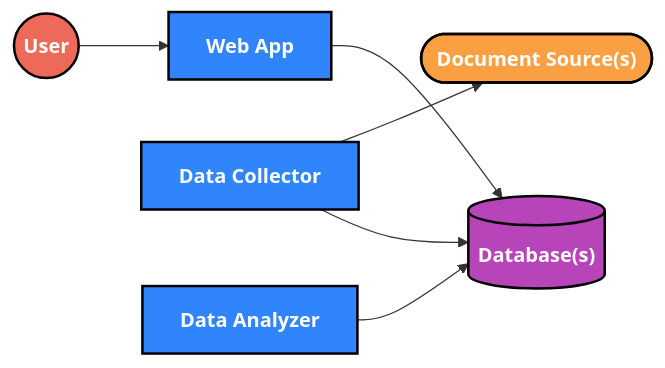
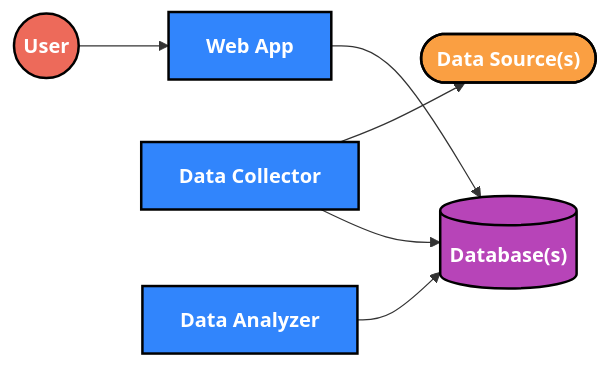
The first of 3 diagrams in README.md (initialcapacity/news-analyzer), drawn with Mermaid before and after one commit.

Commit message:
Generalize first architecture diagram

````diff
--- a/README.md
+++ b/README.md
@@ -13,26 +13,26 @@
 ```mermaid
 flowchart LR
     user((User))
     app[Web App]
-    docs(["Document Source(s)"])
+    data(["Data Source(s)"])
     db[("Database(s)")]
     collector[Data Collector]
     analyzer[Data Analyzer]
     
     user --> app
-    collector --> docs
+    collector --> data
     collector --> db
     app --> db
     analyzer --> db
 
     classDef node font-weight:bold,color:white,stroke:black,stroke-width:2px;
     classDef app fill:#3185FC;
     classDef db fill:#B744B8;
     classDef external fill:#FA9F42;
     classDef user fill:#ED6A5A;
 
     class app,collector,analyzer app;
     class db db;
-    class docs external;
+    class data external;
     class user user;
 ```
````
